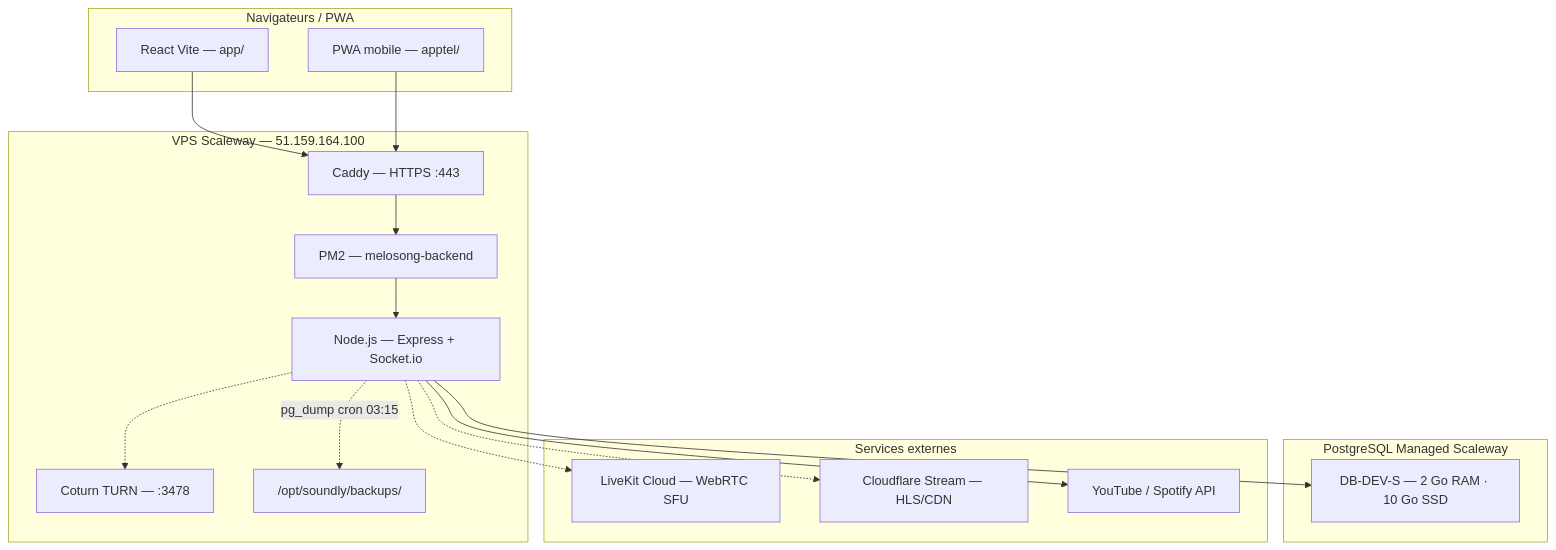
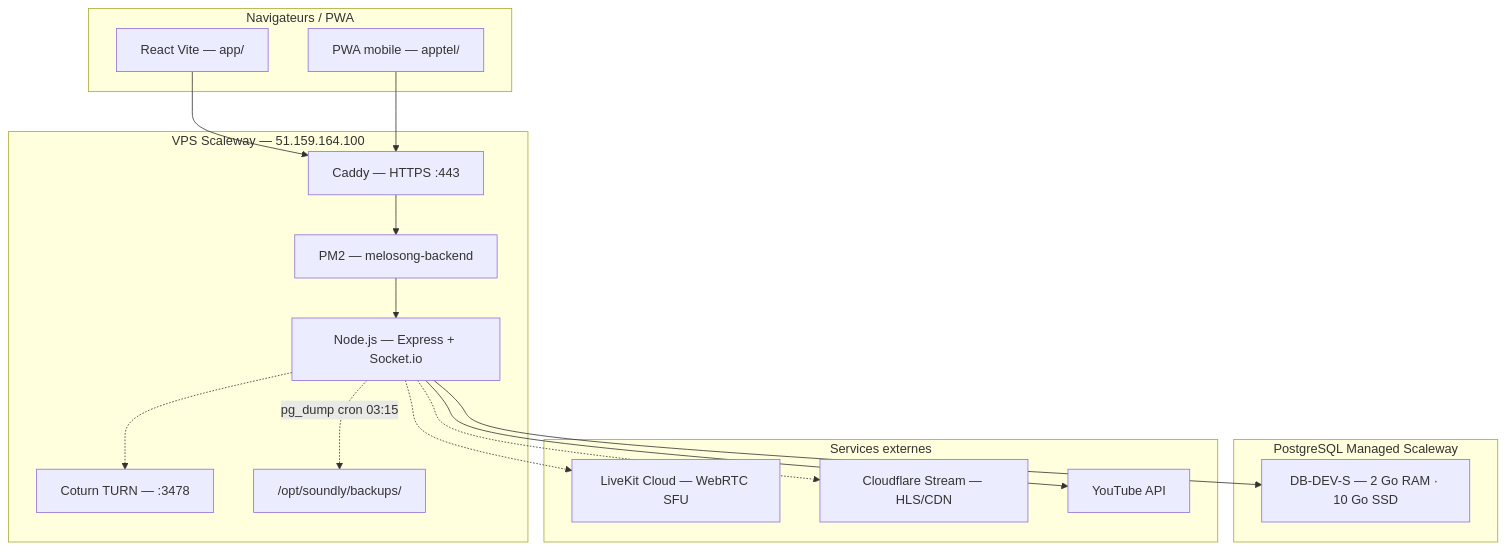
Before and after one commit to valentingoulven-creator/OnScen: the diagram in docs/INFRA-SOUNDY.md, drawn with Mermaid. The commit also changed 213 other files, not shown here.

````diff
--- a/docs/INFRA-SOUNDY.md
+++ b/docs/INFRA-SOUNDY.md
@@ -26,36 +26,36 @@
 ```mermaid
 flowchart TB
   subgraph Client["Navigateurs / PWA"]
     Web["React Vite — app/"]
     Tel["PWA mobile — apptel/"]
   end
 
   subgraph VPS["VPS Scaleway — 51.159.164.100"]
     Caddy["Caddy — HTTPS :443"]
     PM2["PM2 — melosong-backend"]
     Node["Node.js — Express + Socket.io"]
     Coturn["Coturn TURN — :3478"]
     Backups["/opt/soundly/backups/"]
   end
 
   subgraph DB["PostgreSQL Managed Scaleway"]
     PG["DB-DEV-S — 2 Go RAM · 10 Go SSD"]
   end
 
   subgraph External["Services externes"]
     LK["LiveKit Cloud — WebRTC SFU"]
     CF["Cloudflare Stream — HLS/CDN"]
-    YT["YouTube / Spotify API"]
+    YT["YouTube API"]
   end
 
   Web --> Caddy
   Tel --> Caddy
   Caddy --> PM2
   PM2 --> Node
   Node --> PG
   Node -.-> Coturn
   Node -.-> LK
   Node -.-> CF
   Node --> YT
   Node -.->|pg_dump cron 03:15| Backups
 ```
````
